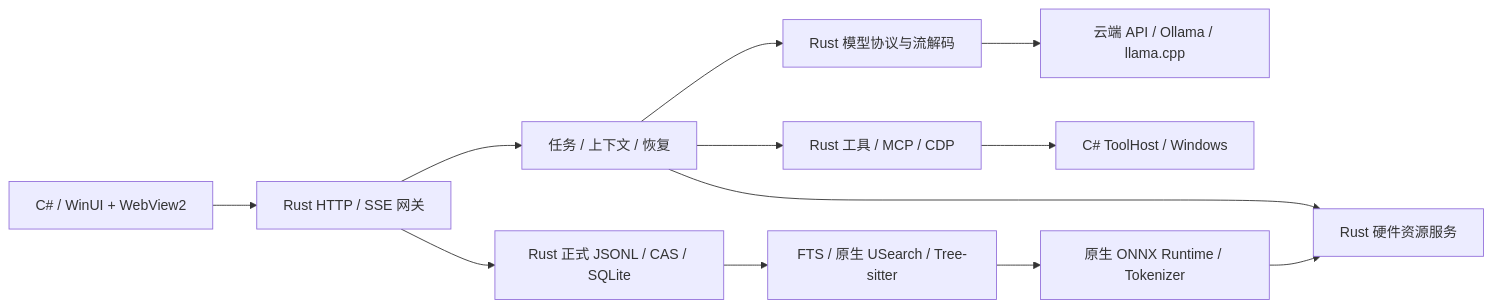
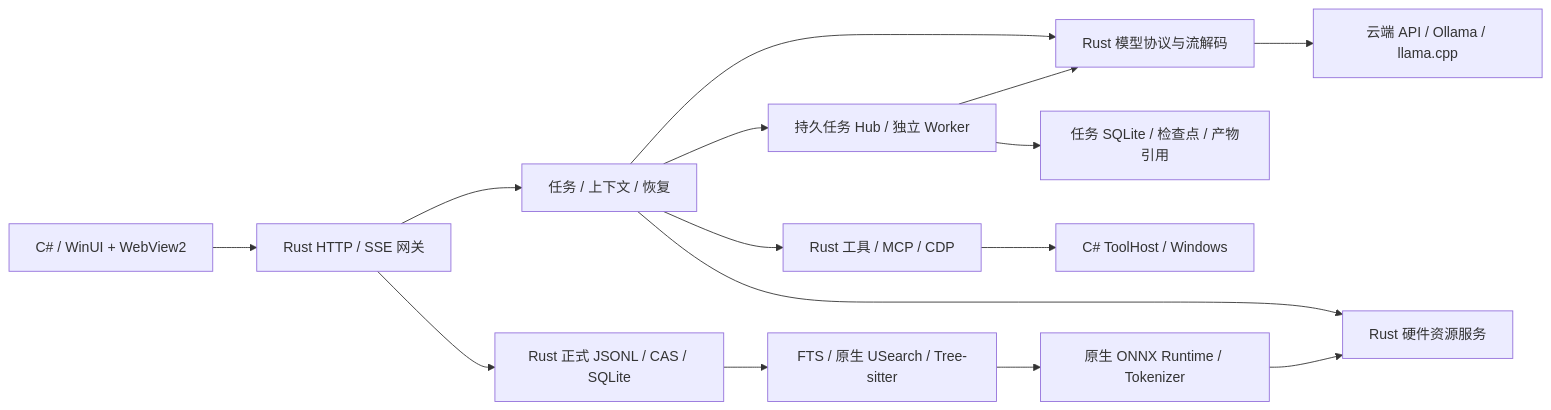
Before and after one commit to jinpeng900/KYNXA: the diagram in docs/architecture/native-gateway.md, drawn with Mermaid. The commit also changed other lines of this file and 207 other files, not shown here.

````diff
--- a/docs/architecture/native-gateway.md
+++ b/docs/architecture/native-gateway.md
@@ -5,14 +5,17 @@
 ```mermaid
 flowchart LR
   Desktop["C# / WinUI + WebView2"] --> Gateway["Rust HTTP / SSE 网关"]
   Gateway --> Loop["任务 / 上下文 / 恢复"]
   Loop --> Models["Rust 模型协议与流解码"]
   Models --> Endpoint["云端 API / Ollama / llama.cpp"]
   Loop --> Tools["Rust 工具 / MCP / CDP"]
+  Loop --> Hub["持久任务 Hub / 独立 Worker"]
+  Hub --> Tasks["任务 SQLite / 检查点 / 产物引用"]
+  Hub --> Models
   Tools --> Host["C# ToolHost / Windows"]
   Gateway --> Data["Rust 正式 JSONL / CAS / SQLite"]
   Data --> Retrieval["FTS / 原生 USearch / Tree-sitter"]
   Retrieval --> Inference["原生 ONNX Runtime / Tokenizer"]
   Loop --> Resources["Rust 硬件资源服务"]
   Inference --> Resources
 ```
````
